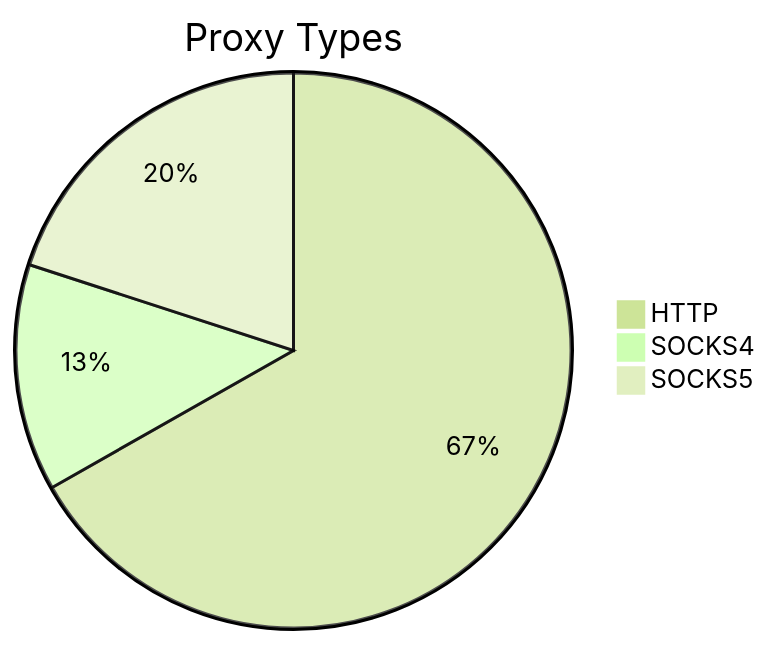
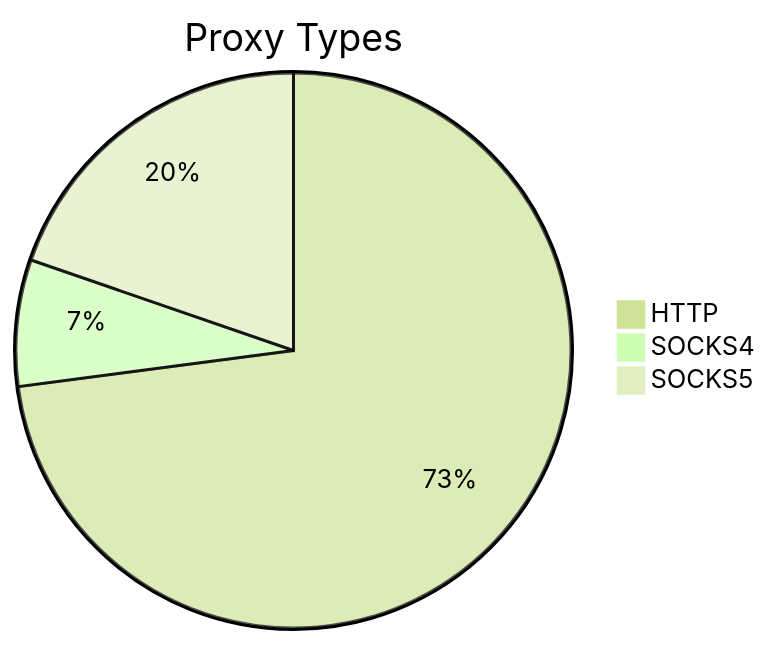
Before and after one commit to stormsia/proxy-list: the first of 2 diagrams in README.md, drawn with Mermaid (forest theme). The commit also changed other lines of this file, not shown here.

````diff
--- a/README.md
+++ b/README.md
@@ -21,6 +21,6 @@
 ```mermaid
 pie title Proxy Types
-    "HTTP" : 187
-    "SOCKS4" : 37
-    "SOCKS5" : 56
+    "HTTP" : 307
+    "SOCKS4" : 31
+    "SOCKS5" : 83
 ```
````
